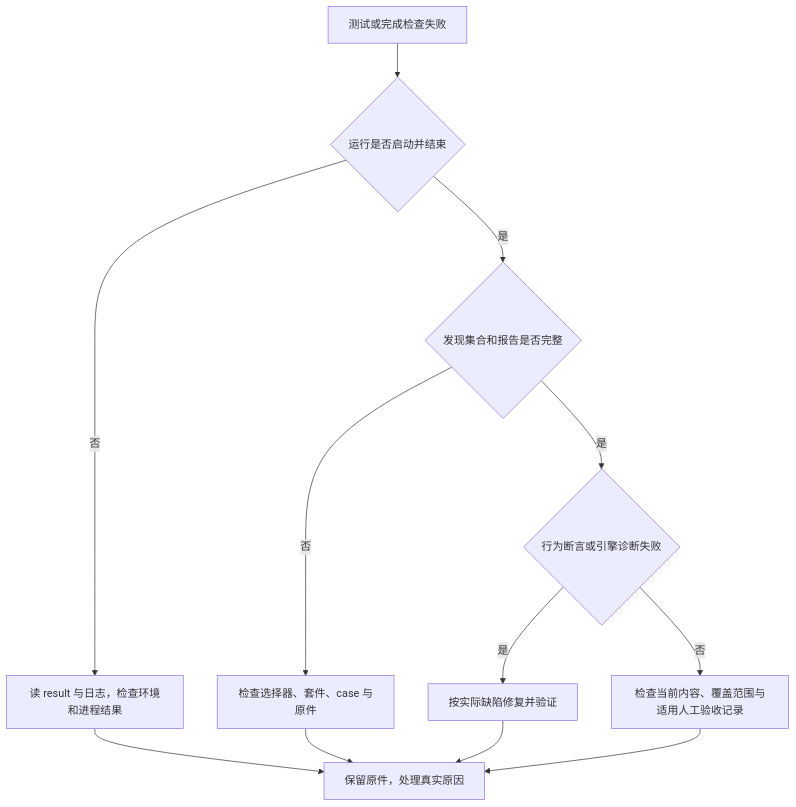
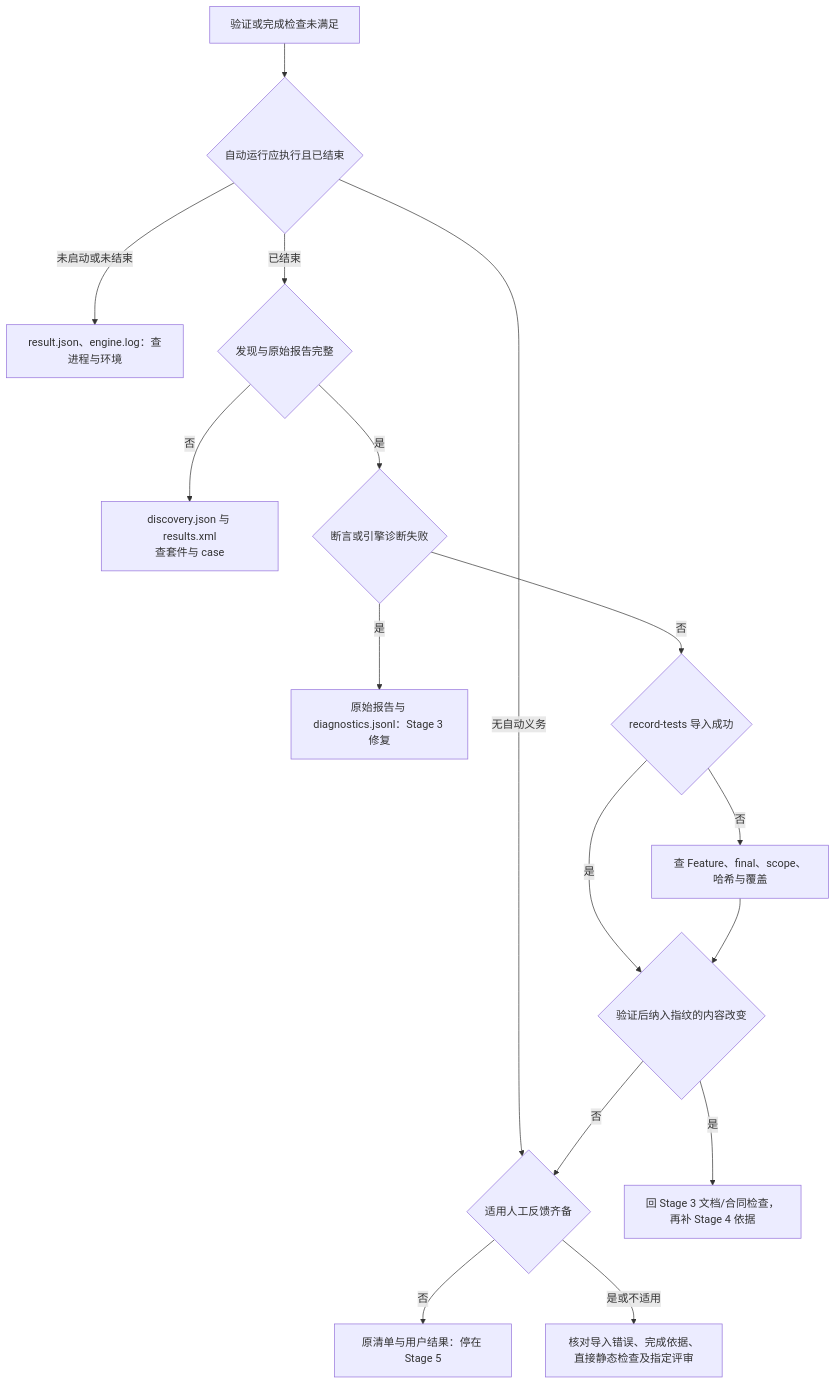
One commit to yxy823/Game_idle_yaya_frame changed the diagram in framework/docs/blank-project/reference/troubleshooting.md. Above: the diagram before and after it, drawn with Mermaid. The commit also changed other lines of this file and 14 other files, not shown here.

First line of the commit message:
docs(handbook): 重组正式使用手册并补齐流程与验证图示

````diff
--- a/framework/docs/blank-project/reference/troubleshooting.md
+++ b/framework/docs/blank-project/reference/troubleshooting.md
@@ -59,14 +61,18 @@
 ```mermaid
 flowchart TD
-    A[测试或完成检查失败] --> B{运行是否启动并结束}
-    B -->|否| C[读 result 与日志，检查环境和进程结果]
-    B -->|是| D{发现集合和报告是否完整}
-    D -->|否| E[检查选择器、套件、case 与原件]
-    D -->|是| F{行为断言或引擎诊断失败}
-    F -->|是| G[按实际缺陷修复并验证]
-    F -->|否| H[检查当前内容、覆盖范围与适用人工验收记录]
-    C --> I[保留原件，处理真实原因]
-    E --> I
-    G --> I
-    H --> I
+    A[验证或完成检查未满足] --> B{自动运行应执行且已结束}
+    B -->|未启动或未结束| C[result.json、engine.log：查进程与环境]
+    B -->|无自动义务| M
+    B -->|已结束| D{发现与原始报告完整}
+    D -->|否| E[discovery.json 与 results.xml<br/>查套件与 case]
+    D -->|是| F{断言或引擎诊断失败}
+    F -->|是| G[原始报告与 diagnostics.jsonl：Stage 3 修复]
+    F -->|否| I{record-tests 导入成功}
+    I -->|否| J[查 Feature、final、scope、哈希与覆盖]
+    I -->|是| K{验证后纳入指纹的内容改变}
+    J --> K
+    K -->|是| L[回 Stage 3 文档/合同检查，再补 Stage 4 依据]
+    K -->|否| M{适用人工反馈齐备}
+    M -->|否| N[原清单与用户结果：停在 Stage 5]
+    M -->|是或不适用| O[核对导入错误、完成依据、直接静态检查及指定评审]
 ```
````
